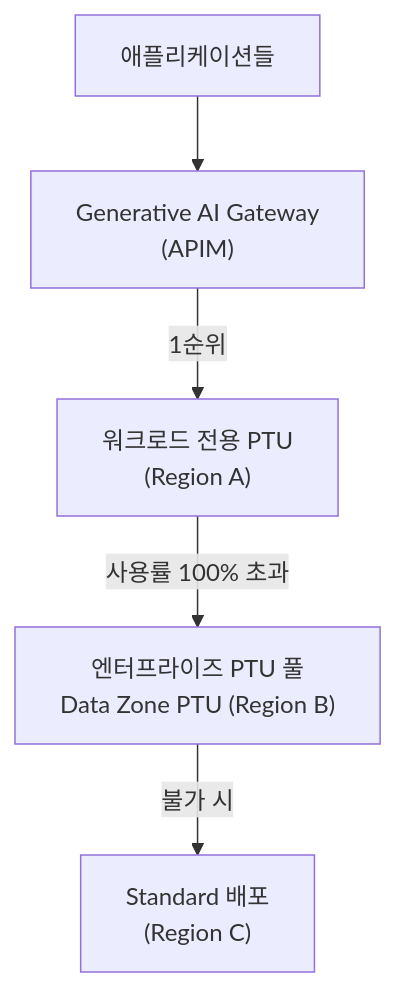
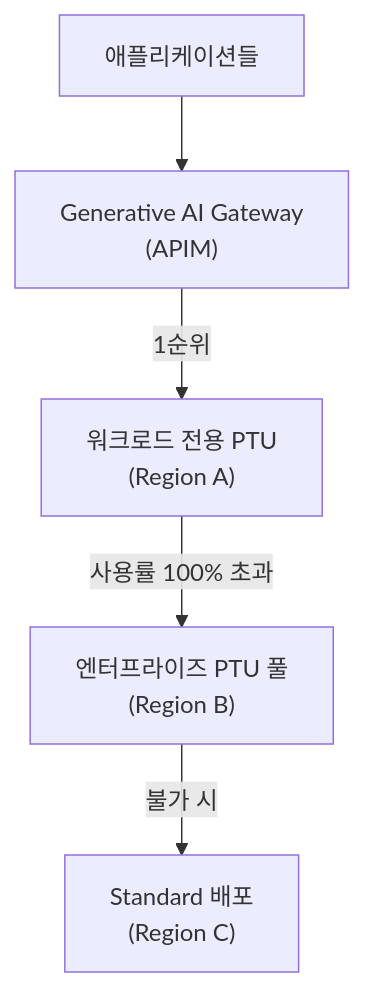
One commit to yunkyoungaum/aoai-onboarding-guide changed the second of 4 diagrams in guides/03-aoai-high-availability/source.md. Above: the diagram before and after it, drawn with Mermaid. The commit also changed other lines of this file and 3 other files, not shown here.

````diff
--- a/guides/03-aoai-high-availability/source.md
+++ b/guides/03-aoai-high-availability/source.md
@@ -176,7 +203,7 @@
 ```mermaid
 flowchart TB
     APP["애플리케이션들"] --> GW["Generative AI Gateway<br/>(APIM)"]
     GW -->|"1순위"| W["워크로드 전용 PTU<br/>(Region A)"]
-    W -->|"사용률 100% 초과"| E["엔터프라이즈 PTU 풀<br/>Data Zone PTU (Region B)"]
+    W -->|"사용률 100% 초과"| E["엔터프라이즈 PTU 풀<br/>(Region B)"]
     E -->|"불가 시"| S["Standard 배포<br/>(Region C)"]
 ```
````
